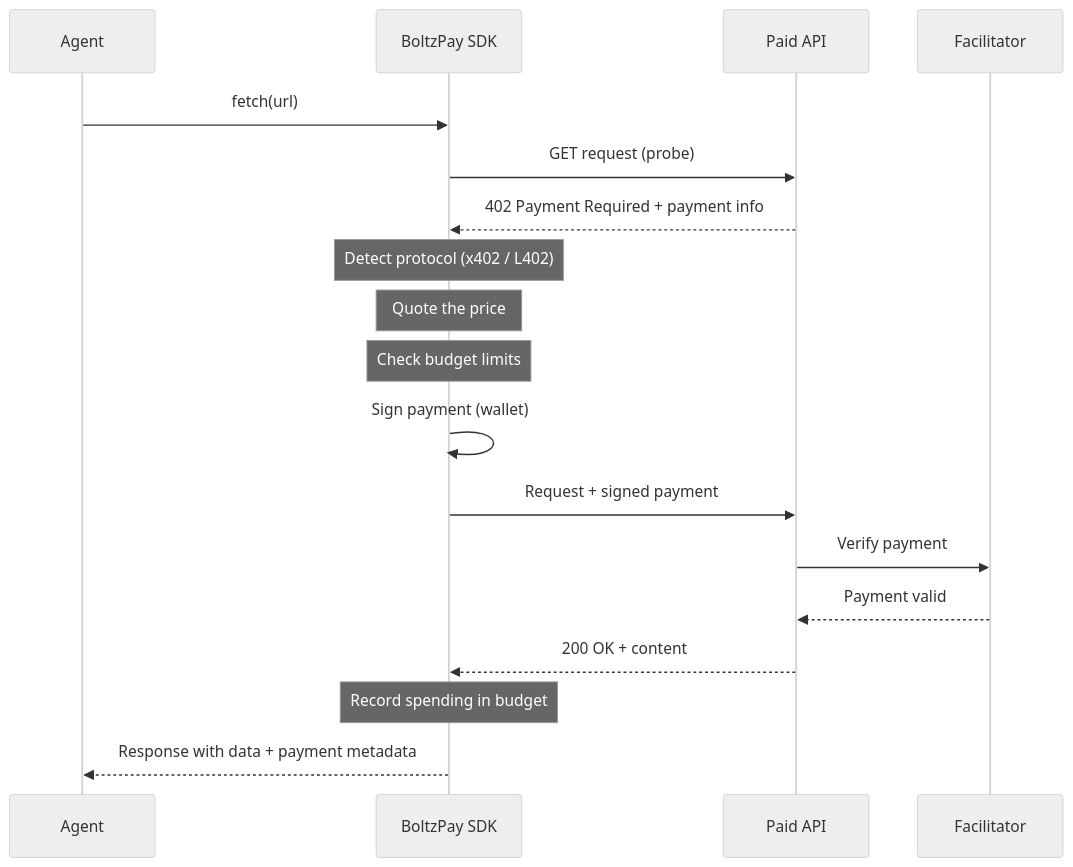
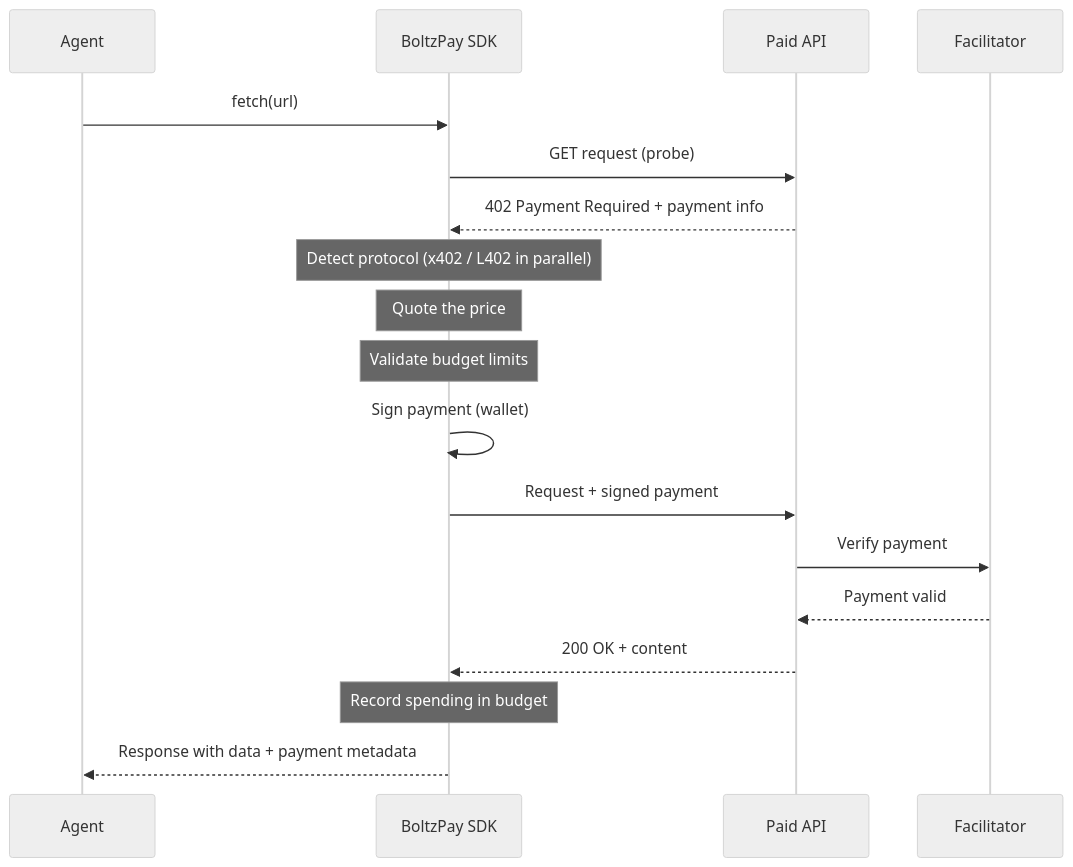
The diagram in apps/docs-mintlify/concepts/how-it-works.mdx (leventilo/boltzpay), drawn with Mermaid (neutral theme) before and after one commit. The commit also changed other lines of this file and 2 other files, not shown here.

Commit message:
fix(build): align docs schemas

````diff
--- a/apps/docs-mintlify/concepts/how-it-works.mdx
+++ b/apps/docs-mintlify/concepts/how-it-works.mdx
@@ -12,25 +12,25 @@
 ```mermaid
 sequenceDiagram
     participant Agent
     participant SDK as BoltzPay SDK
     participant Server as Paid API
     participant Facilitator
 
     Agent->>SDK: fetch(url)
     SDK->>Server: GET request (probe)
     Server-->>SDK: 402 Payment Required + payment info
 
-    Note over SDK: Detect protocol (x402 / L402)
+    Note over SDK: Detect protocol (x402 / L402 in parallel)
     Note over SDK: Quote the price
-    Note over SDK: Check budget limits
+    Note over SDK: Validate budget limits
 
     SDK->>SDK: Sign payment (wallet)
     SDK->>Server: Request + signed payment
     Server->>Facilitator: Verify payment
     Facilitator-->>Server: Payment valid
     Server-->>SDK: 200 OK + content
 
     Note over SDK: Record spending in budget
 
     SDK-->>Agent: Response with data + payment metadata
 ```
````
